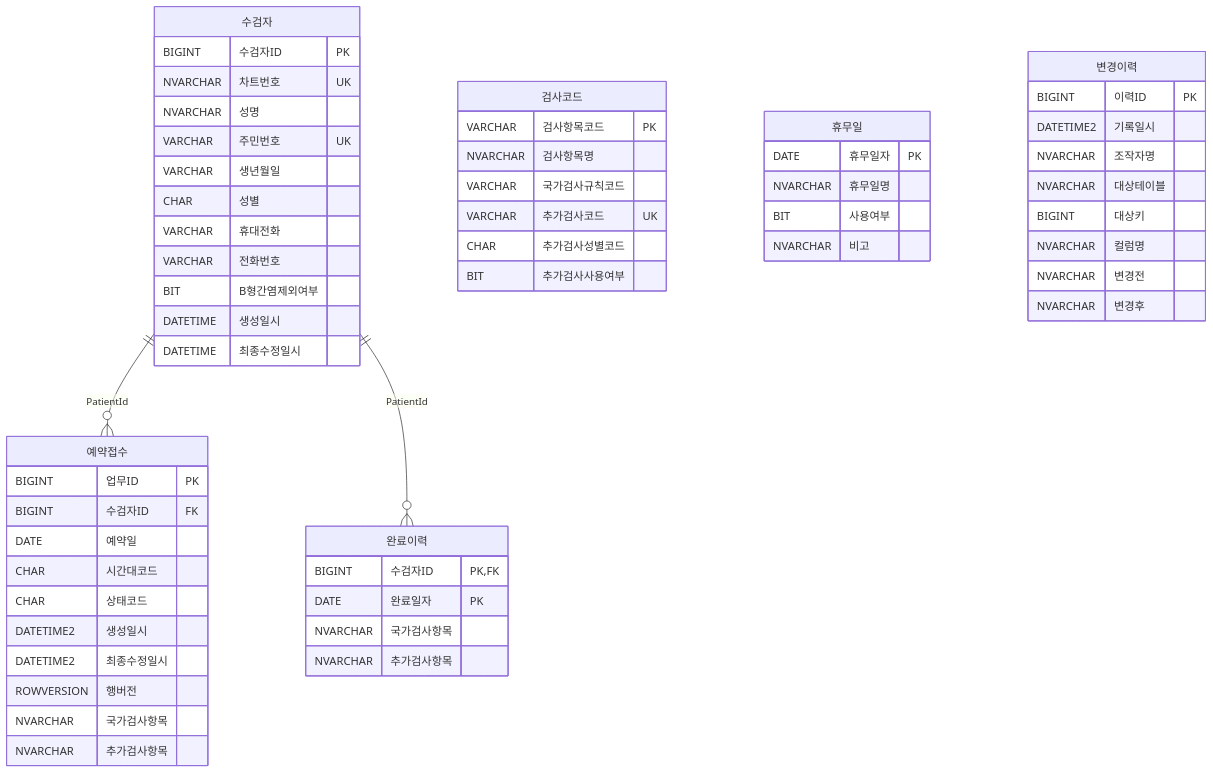
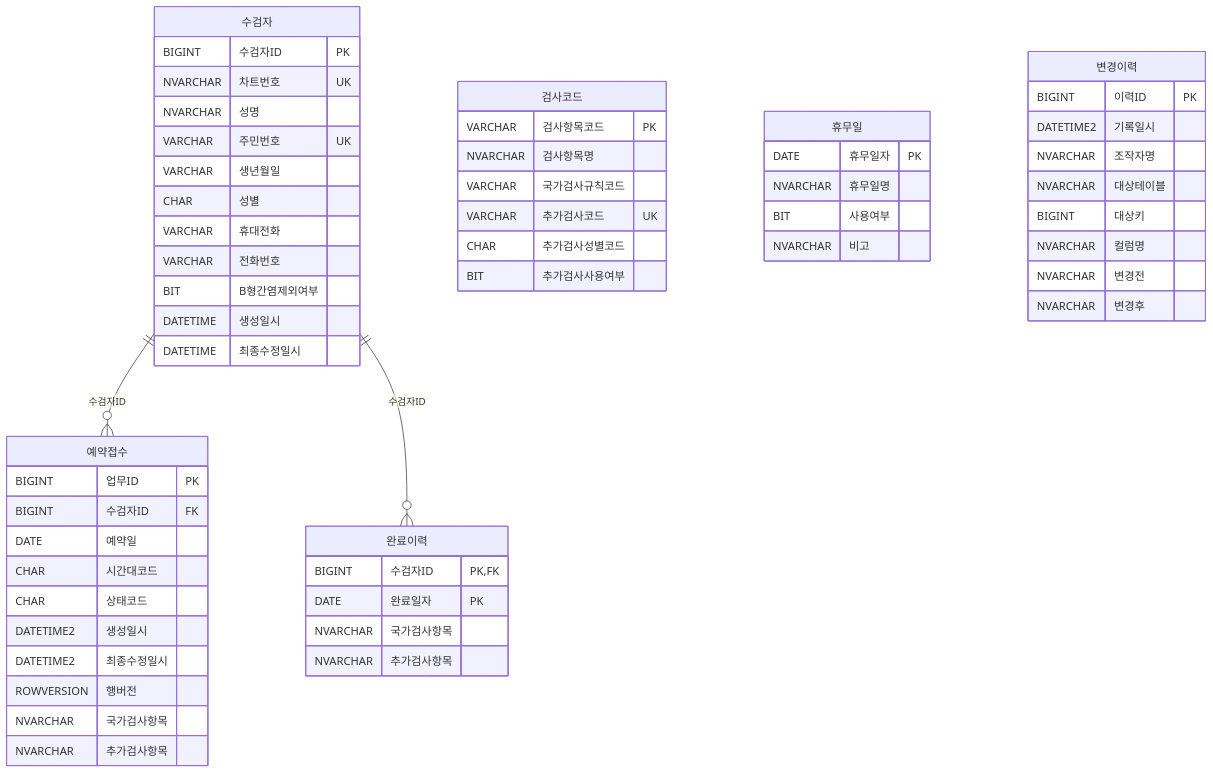
The second of 2 diagrams in docs/baseline/04_DB_Design.md (wotjr1649/HealthCheckupReservationReception), drawn with Mermaid before and after one commit. The commit also changed other lines of this file and 158 other files, not shown here.

````diff
--- a/docs/baseline/04_DB_Design.md
+++ b/docs/baseline/04_DB_Design.md
@@ -1460,67 +1477,67 @@
 ```mermaid
 erDiagram
-    수검자 ||--o{ 예약접수 : "PatientId"
-    수검자 ||--o{ 완료이력 : "PatientId"
+    수검자 ||--o{ 예약접수 : "수검자ID"
+    수검자 ||--o{ 완료이력 : "수검자ID"
 
 
     수검자 {
         BIGINT 수검자ID PK
         NVARCHAR 차트번호 UK
         NVARCHAR 성명
         VARCHAR 주민번호 UK
         VARCHAR 생년월일
         CHAR 성별
         VARCHAR 휴대전화
         VARCHAR 전화번호
         BIT B형간염제외여부
         DATETIME 생성일시
         DATETIME 최종수정일시
     }
 
     예약접수 {
         BIGINT 업무ID PK
         BIGINT 수검자ID FK
         DATE 예약일
         CHAR 시간대코드
         CHAR 상태코드
         DATETIME2 생성일시
         DATETIME2 최종수정일시
         ROWVERSION 행버전
         NVARCHAR 국가검사항목
         NVARCHAR 추가검사항목
     }
 
     검사코드 {
         VARCHAR 검사항목코드 PK
         NVARCHAR 검사항목명
         VARCHAR 국가검사규칙코드
         VARCHAR 추가검사코드 UK
         CHAR 추가검사성별코드
         BIT 추가검사사용여부
     }
 
     휴무일 {
         DATE 휴무일자 PK
         NVARCHAR 휴무일명
         BIT 사용여부
         NVARCHAR 비고
     }
 
     완료이력 {
         BIGINT 수검자ID PK,FK
         DATE 완료일자 PK
         NVARCHAR 국가검사항목
         NVARCHAR 추가검사항목
     }
 
     변경이력 {
         BIGINT 이력ID PK
         DATETIME2 기록일시
         NVARCHAR 조작자명
         NVARCHAR 대상테이블
         BIGINT 대상키
         NVARCHAR 컬럼명
         NVARCHAR 변경전
         NVARCHAR 변경후
     }
 ```
````
